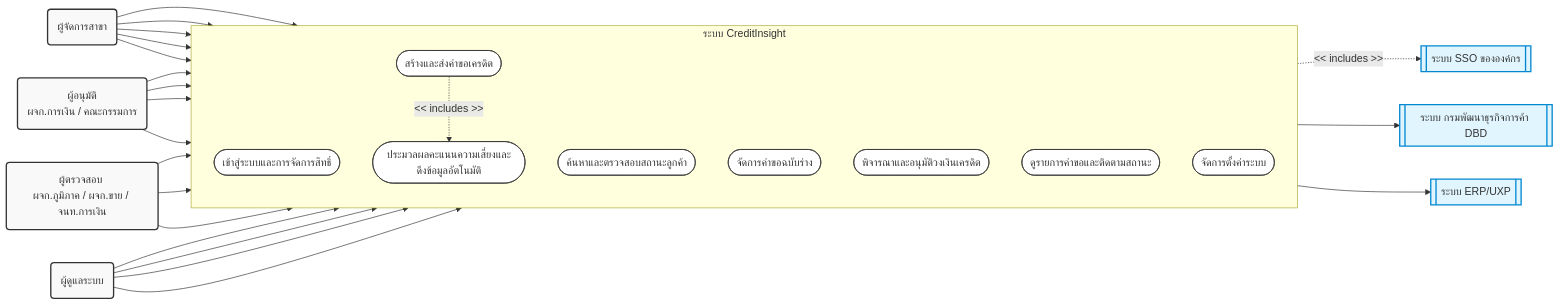
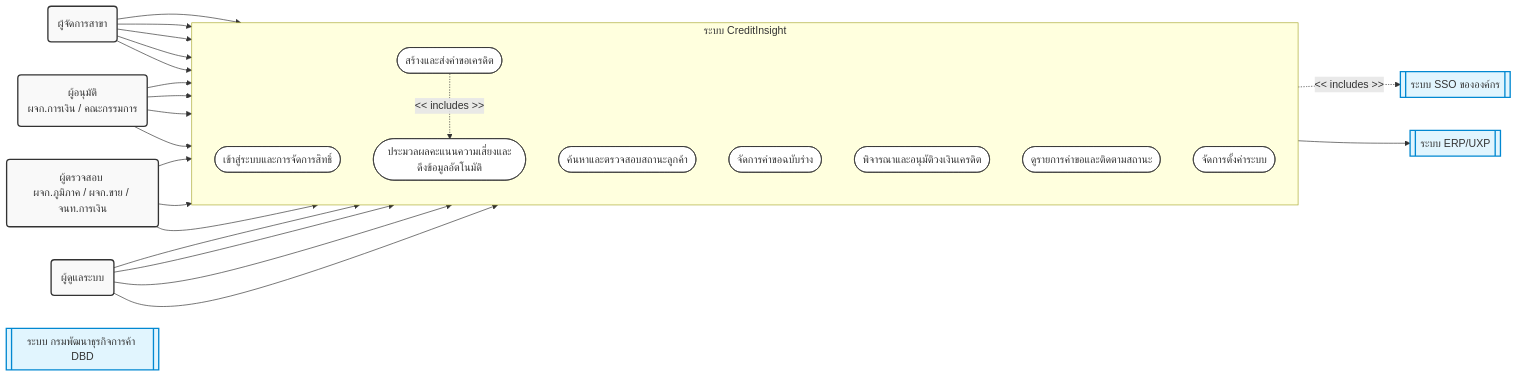
One commit to JinnawatJid/iNsightDocs changed the first of 5 diagrams in docs/presentations/use_case_diagram.md. Above: the diagram before and after it, drawn with Mermaid. The commit also changed other lines of this file, not shown here.

First line of the commit message:
docs: update approval process in use case diagram

````diff
--- a/docs/presentations/use_case_diagram.md
+++ b/docs/presentations/use_case_diagram.md
@@ -10,61 +10,60 @@
 ```mermaid
 flowchart LR
     %% Styling
     classDef actorStyle fill:#f9f9f9,stroke:#333,stroke-width:2px;
     classDef systemStyle fill:#e1f5fe,stroke:#0288d1,stroke-width:2px;
     classDef useCaseStyle fill:#fff,stroke:#333,stroke-width:1px;
 
     %% Primary Actors
     BM(ผู้จัดการสาขา):::actorStyle
     App(ผู้อนุมัติ <br>ผจก.การเงิน / คณะกรรมการ):::actorStyle
     Rev(ผู้ตรวจสอบ <br>ผจก.ภูมิภาค / ผจก.ขาย / จนท.การเงิน):::actorStyle
     Admin(ผู้ดูแลระบบ):::actorStyle
 
     %% External Systems (Secondary Actors)
     SSO[[ระบบ SSO ขององค์กร]]:::systemStyle
     DBD[[ระบบ กรมพัฒนาธุรกิจการค้า DBD]]:::systemStyle
     ERP[[ระบบ ERP/UXP]]:::systemStyle
 
     %% System Boundary
     subgraph CreditInsight [ระบบ CreditInsight]
         direction TB
         UC1([เข้าสู่ระบบและการจัดการสิทธิ์]):::useCaseStyle
         UC2([ค้นหาและตรวจสอบสถานะลูกค้า]):::useCaseStyle
         UC3([สร้างและส่งคำขอเครดิต]):::useCaseStyle
         UC4([จัดการคำขอฉบับร่าง]):::useCaseStyle
         UC5([ประมวลผลคะแนนความเสี่ยงและดึงข้อมูลอัตโนมัติ]):::useCaseStyle
         UC6([พิจารณาและอนุมัติวงเงินเครดิต]):::useCaseStyle
         UC7([ดูรายการคำขอและติดตามสถานะ]):::useCaseStyle
         UC8([จัดการตั้งค่าระบบ]):::useCaseStyle
     end
 
     %% Actor Connections
     BM --> UC1
     App --> UC1
     Rev --> UC1
     Admin --> UC1
 
     BM --> UC2
     BM --> UC3
     BM --> UC4
     BM --> UC7
 
     App --> UC2
     App --> UC6
     App --> UC7
 
     Rev --> UC2
     Rev --> UC7
 
     Admin --> UC2
     Admin --> UC7
     Admin --> UC8
 
     %% Relationships and Includes/Extends
     UC1 -. "<< includes >>" .-> SSO
     UC3 -. "<< includes >>" .-> UC5
 
     %% System Connections
-    UC5 --> DBD
     UC5 --> ERP
 ```
````
